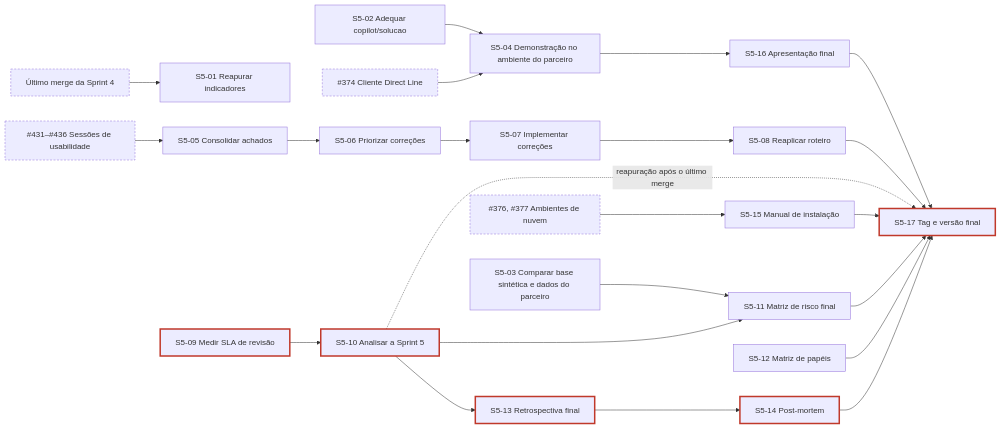
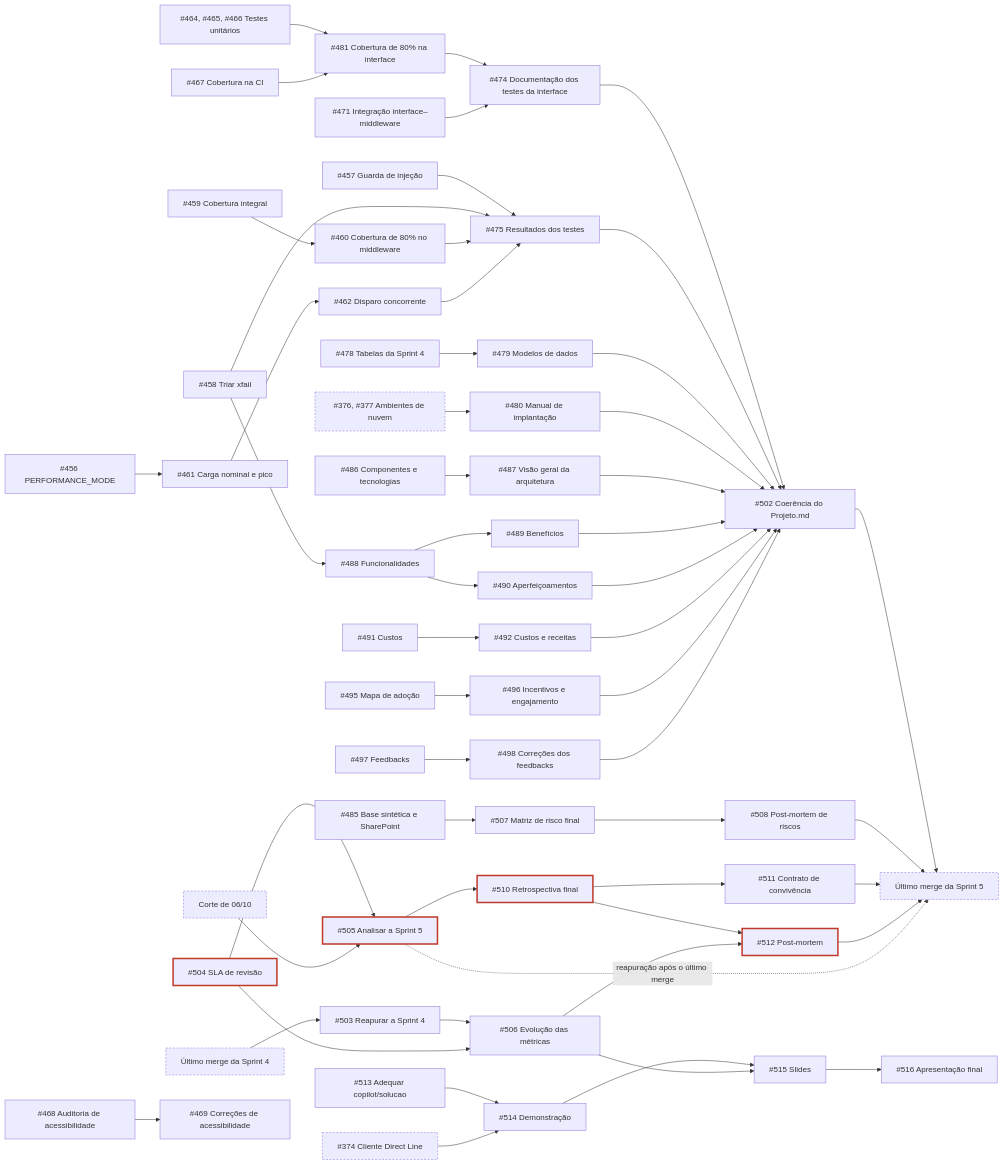
The diagram in docs/GestaoProjeto.md (Kdu07/agente-ia-portfolio-metro), drawn with Mermaid before and after one commit. The commit also changed other lines of this file, not shown here.

Commit message:
docs: registrar os cards da sprint 5 no planejamento (#373)

````diff
--- a/docs/GestaoProjeto.md
+++ b/docs/GestaoProjeto.md
@@ -1461,19 +1537,34 @@
 ```mermaid
 flowchart LR
     classDef critico stroke-width:3px,stroke:#c0392b
     classDef externo stroke-dasharray:4 3
-    F4["Último merge da Sprint 4"] --> S501["S5-01 Reapurar indicadores"]
-    S502["S5-02 Adequar copilot/solucao"] --> S504["S5-04 Demonstração no ambiente do parceiro"]
-    DL["#374 Cliente Direct Line"] --> S504
-    S504 --> S516["S5-16 Apresentação final"]
-    SU["#431–#436 Sessões de usabilidade"] --> S505["S5-05 Consolidar achados"] --> S506["S5-06 Priorizar correções"] --> S507["S5-07 Implementar correções"] --> S508["S5-08 Reaplicar roteiro"]
-    S509["S5-09 Medir SLA de revisão"] --> S510["S5-10 Analisar a Sprint 5"]
-    S510 -. "reapuração após o último merge" .-> S517
-    S510 --> S511["S5-11 Matriz de risco final"]
-    S510 --> S513["S5-13 Retrospectiva final"] --> S514["S5-14 Post-mortem"]
-    AMB["#376, #377 Ambientes de nuvem"] --> S515["S5-15 Manual de instalação"]
-    S503["S5-03 Comparar base sintética e dados do parceiro"] --> S511
-    S508 & S511 & S512["S5-12 Matriz de papéis"] & S514 & S515 & S516 --> S517["S5-17 Tag e versão final"]
-    class S509,S510,S513,S514,S517 critico
-    class F4,DL,SU,AMB externo
+    F4["Último merge da Sprint 4"] --> I503["#503 Reapurar a Sprint 4"]
+    I504["#504 SLA de revisão"] --> I505["#505 Analisar a Sprint 5"]
+    CORTE["Corte de 06/10"] --> I505
+    I503 & I504 --> I506["#506 Evolução das métricas"]
+    I505 --> I510["#510 Retrospectiva final"]
+    I510 --> I511["#511 Contrato de convivência"]
+    I510 & I506 --> I512["#512 Post-mortem"]
+    I485["#485 Base sintética e SharePoint"] --> I507["#507 Matriz de risco final"] --> I508["#508 Post-mortem de riscos"]
+    I513["#513 Adequar copilot/solucao"] --> I514["#514 Demonstração"]
+    DL["#374 Cliente Direct Line"] --> I514
+    I514 & I506 --> I515["#515 Slides"] --> I516["#516 Apresentação final"]
+    I495["#495 Mapa de adoção"] --> I496["#496 Incentivos e engajamento"]
+    I456["#456 PERFORMANCE_MODE"] --> I461["#461 Carga nominal e pico"] --> I462["#462 Disparo concorrente"]
+    I459["#459 Cobertura integral"] --> I460["#460 Cobertura de 80% no middleware"]
+    I457["#457 Guarda de injeção"] & I458["#458 Triar xfail"] & I460 & I462 --> I475["#475 Resultados dos testes"]
+    I458 --> I488["#488 Funcionalidades"] --> I489["#489 Benefícios"] & I490["#490 Aperfeiçoamentos"]
+    I464["#464, #465, #466 Testes unitários"] & I467["#467 Cobertura na CI"] --> I481["#481 Cobertura de 80% na interface"]
+    I481 & I471["#471 Integração interface–middleware"] --> I474["#474 Documentação dos testes da interface"]
+    I468["#468 Auditoria de acessibilidade"] --> I469["#469 Correções de acessibilidade"]
+    I478["#478 Tabelas da Sprint 4"] --> I479["#479 Modelos de dados"]
+    I486["#486 Componentes e tecnologias"] --> I487["#487 Visão geral da arquitetura"]
+    I491["#491 Custos"] --> I492["#492 Custos e receitas"]
+    I497["#497 Feedbacks"] --> I498["#498 Correções dos feedbacks"]
+    AMB["#376, #377 Ambientes de nuvem"] --> I480["#480 Manual de implantação"]
+    I474 & I475 & I479 & I480 & I487 & I489 & I490 & I492 & I496 & I498 --> I502["#502 Coerência do Projeto.md"]
+    I502 & I508 & I511 & I512 --> FIM["Último merge da Sprint 5"]
+    I505 -. "reapuração após o último merge" .-> FIM
+    class I504,I505,I510,I512 critico
+    class F4,CORTE,DL,AMB,FIM externo
 ```
````
